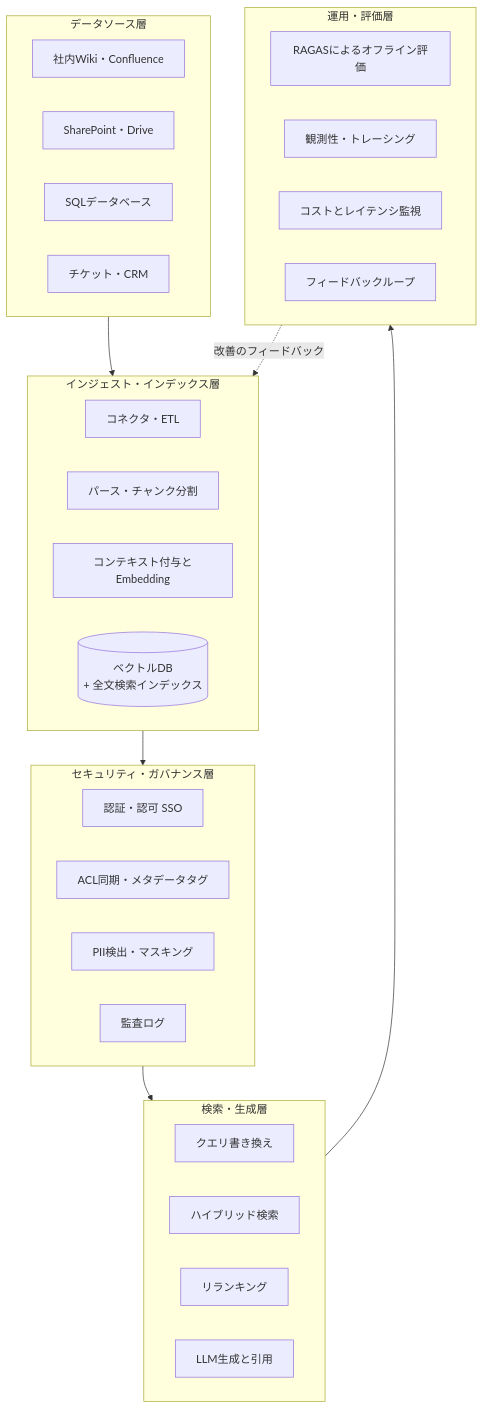
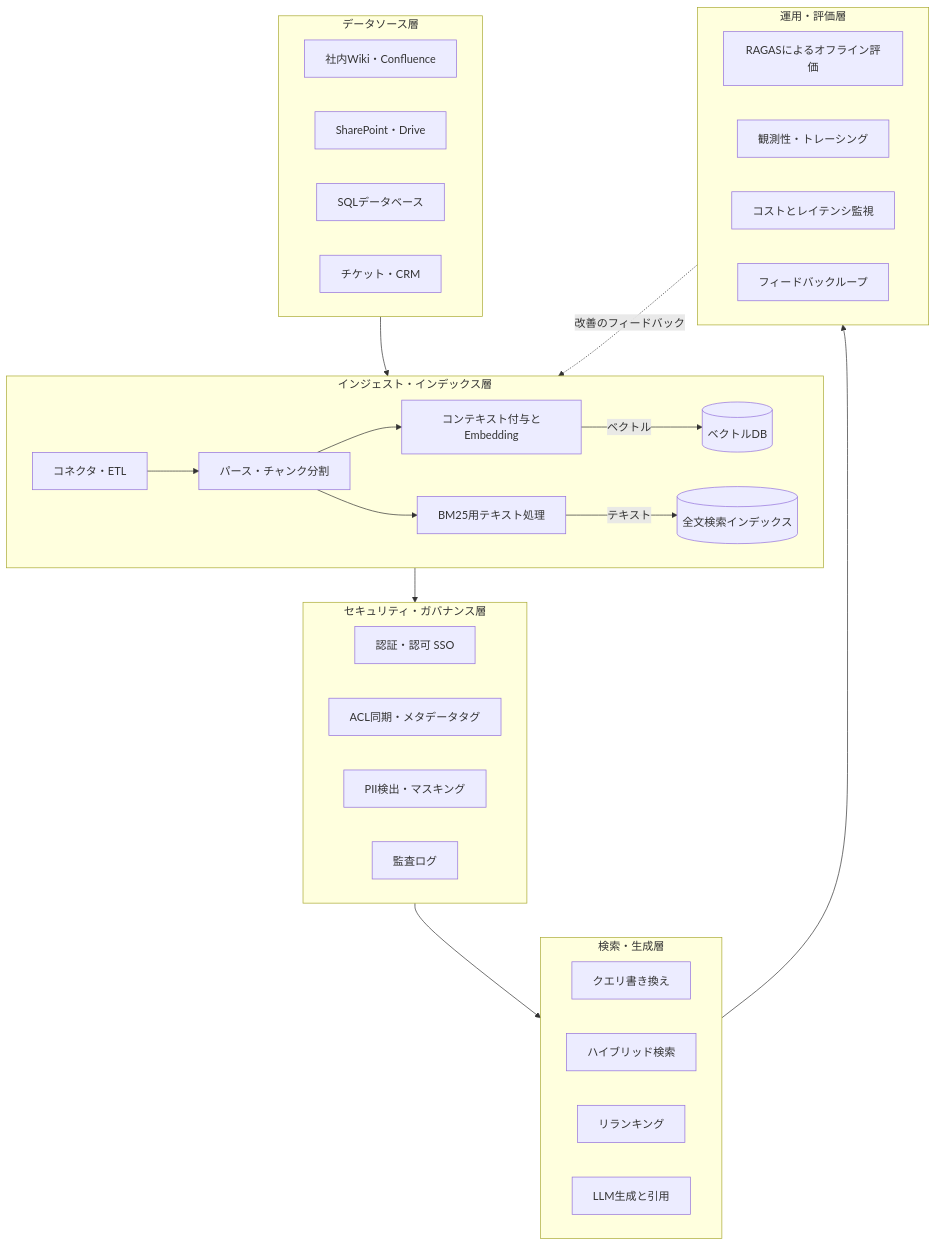
The sixth of 6 diagrams in Enterprise-rag-guide.md (myoshi2891/Comparison-of-LLMs), drawn with Mermaid before and after one commit. The commit also changed other lines of this file, not shown here.

Commit message:
docs(enterprise-rag): clarify SSRF mitigation, prompt cache invalidation, and indexing pipeline diagram

````diff
--- a/Enterprise-rag-guide.md
+++ b/Enterprise-rag-guide.md
@@ -460,43 +463,50 @@
 ```mermaid
 flowchart TB
     subgraph SRC[データソース層]
         S1[社内Wiki・Confluence]
         S2[SharePoint・Drive]
         S3[SQLデータベース]
         S4[チケット・CRM]
     end
 
     subgraph ING[インジェスト・インデックス層]
         I1[コネクタ・ETL]
         I2[パース・チャンク分割]
         I3[コンテキスト付与とEmbedding]
-        I4[(ベクトルDB<br/>+ 全文検索インデックス)]
+        I4[BM25用テキスト処理]
+        I5[(ベクトルDB)]
+        I6[(全文検索インデックス)]
+        I1 --> I2
+        I2 --> I3
+        I2 --> I4
+        I3 -->|ベクトル| I5
+        I4 -->|テキスト| I6
     end
 
     subgraph SEC[セキュリティ・ガバナンス層]
         SE1[認証・認可 SSO]
         SE2[ACL同期・メタデータタグ]
         SE3[PII検出・マスキング]
         SE4[監査ログ]
     end
 
     subgraph RET[検索・生成層]
         R1[クエリ書き換え]
         R2[ハイブリッド検索]
         R3[リランキング]
         R4[LLM生成と引用]
     end
 
     subgraph OPS[運用・評価層]
         O1[RAGASによるオフライン評価]
         O2[観測性・トレーシング]
         O3[コストとレイテンシ監視]
         O4[フィードバックループ]
     end
 
     SRC --> ING
     ING --> SEC
     SEC --> RET
     RET --> OPS
     OPS -.->|改善のフィードバック| ING
 ```
````
